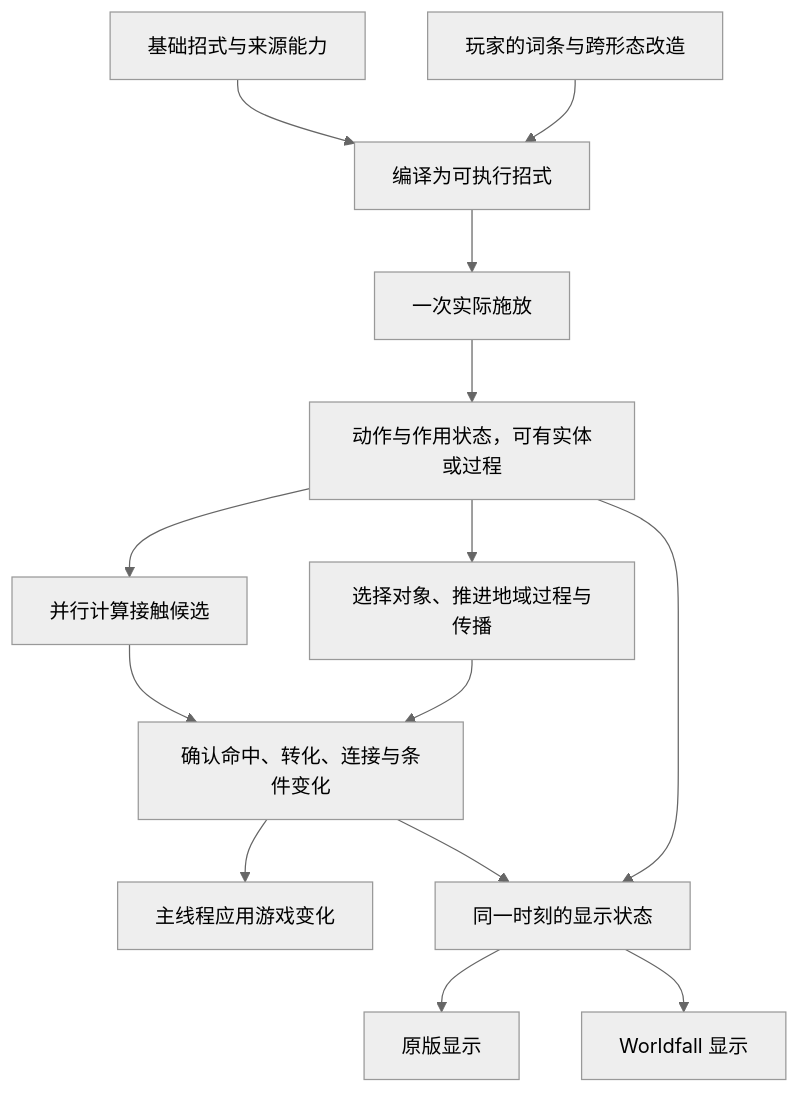
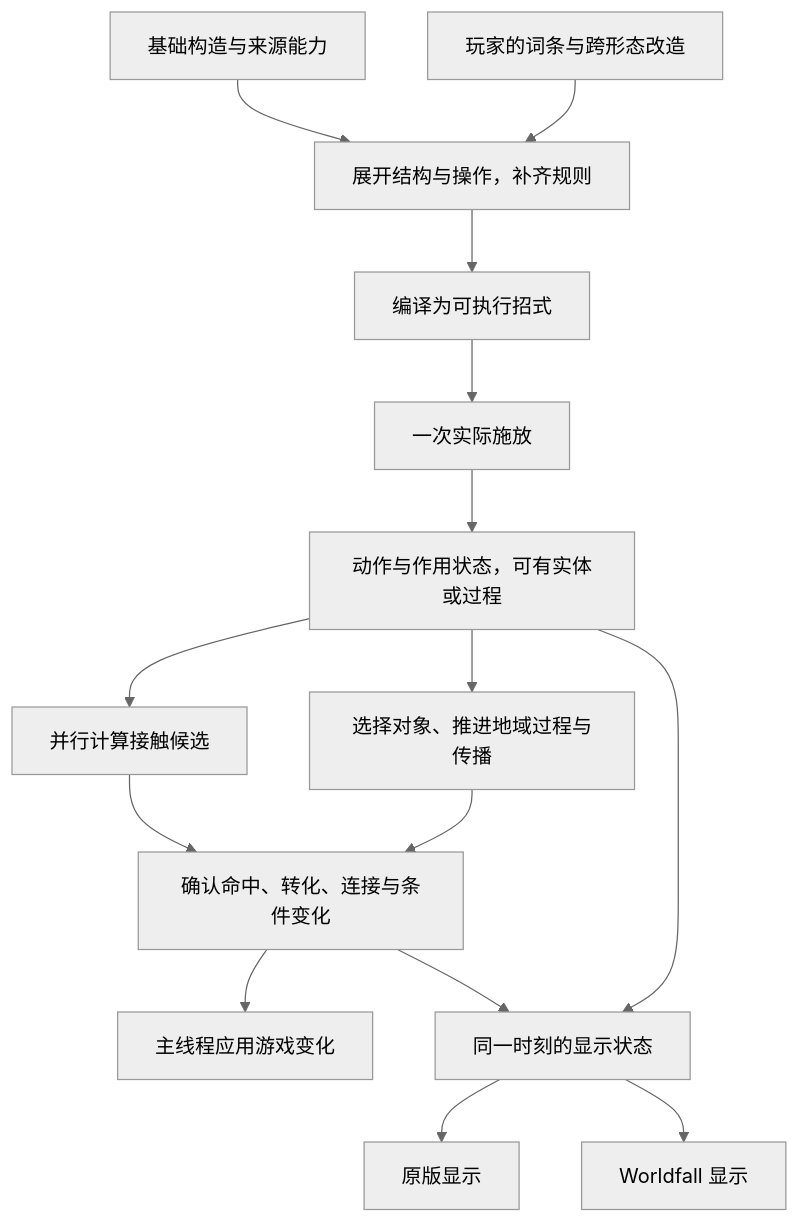
The diagram in Doc/技能系统全面重构-摘要.md (inmny/Cultiway-Reborn), drawn with Mermaid (neutral theme) before and after one commit. The commit also changed other lines of this file and 5 other files, not shown here.

````diff
--- a/Doc/技能系统全面重构-摘要.md
+++ b/Doc/技能系统全面重构-摘要.md
@@ -40,16 +43,17 @@
 ```mermaid
 flowchart TD
-    A[基础招式与来源能力] --> C[编译为可执行招式]
-    B[玩家的词条与跨形态改造] --> C
+    A[基础构造与来源能力] --> M[展开结构与操作，补齐规则]
+    B[玩家的词条与跨形态改造] --> M
+    M --> C[编译为可执行招式]
     C --> D[一次实际施放]
     D --> E[动作与作用状态，可有实体或过程]
     E --> F[并行计算接触候选]
     E --> L[选择对象、推进地域过程与传播]
     F --> G[确认命中、转化、连接与条件变化]
     L --> G
     G --> H[主线程应用游戏变化]
     E --> I[同一时刻的显示状态]
     G --> I
     I --> J[原版显示]
     I --> K[Worldfall 显示]
 ```
````
